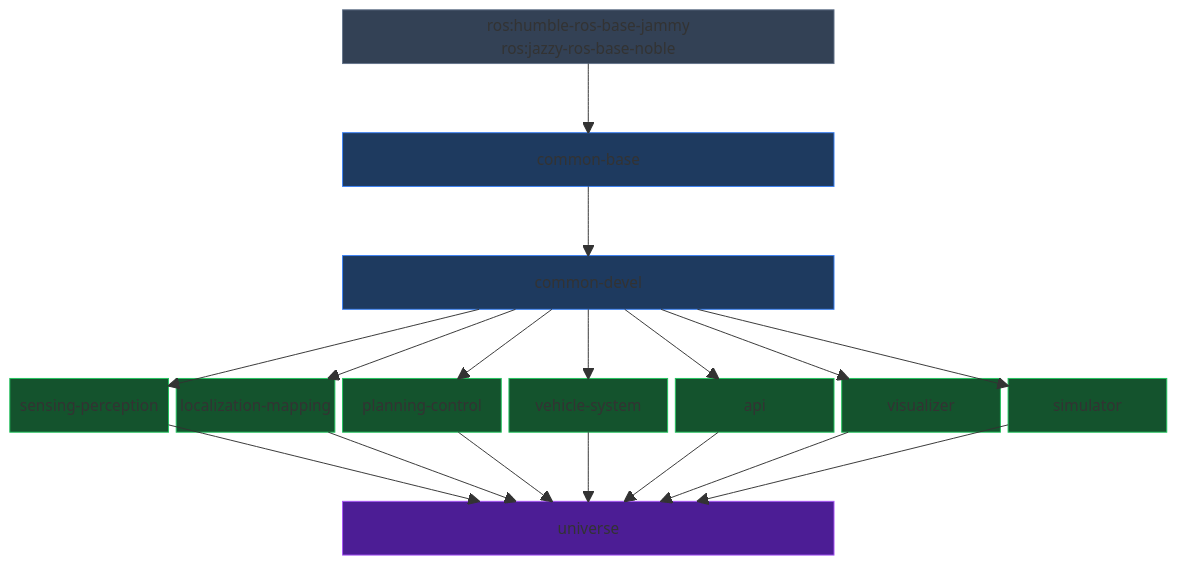
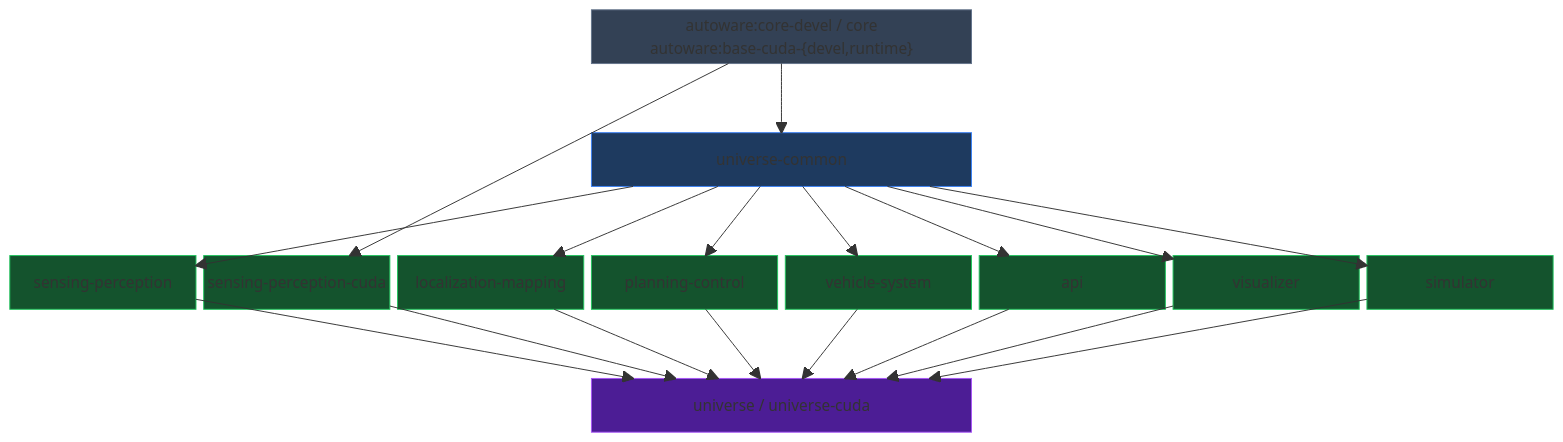
Before and after one commit to youtalk/openadkit: the diagram in components/README.md, drawn with Mermaid. The commit also changed other lines of this file and 3 other files, not shown here.

````diff
--- a/components/README.md
+++ b/components/README.md
@@ -9,51 +12,48 @@
 ```mermaid
 block-beta
-    columns 7
+    columns 8
 
-    space:2 ROS["ros:humble-ros-base-jammy<br/>ros:jazzy-ros-base-noble"]:3 space:2
+    space:3 UP["autoware:core-devel / core<br/>autoware:base-cuda-{devel,runtime}"]:2 space:3
 
-    space:7
+    space:8
 
-    space:2 CB["common-base"]:3 space:2
+    space:3 UC["universe-common"]:2 space:3
 
-    space:7
+    space:8
 
-    space:2 CD["common-devel"]:3 space:2
+    SP["sensing-perception"] SPC["sensing-perception-cuda"] LM["localization-mapping"] PC["planning-control"] VS["vehicle-system"] API["api"] VIZ["visualizer"] SIM["simulator"]
 
-    space:7
+    space:8
 
-    SP["sensing-perception"] LM["localization-mapping"] PC["planning-control"] VS["vehicle-system"] API["api"] VIZ["visualizer"] SIM["simulator"]
+    space:3 UNI["universe / universe-cuda"]:2 space:3
 
-    space:7
-
-    space:2 UNI["universe"]:3 space:2
-
-    ROS --> CB
-    CB --> CD
-    CD --> SP
-    CD --> LM
-    CD --> PC
-    CD --> VS
-    CD --> API
-    CD --> VIZ
-    CD --> SIM
+    UP --> UC
+    UC --> SP
+    UC --> LM
+    UC --> PC
+    UC --> VS
+    UC --> API
+    UC --> VIZ
+    UC --> SIM
+    UP --> SPC
     SP --> UNI
+    SPC --> UNI
     LM --> UNI
     PC --> UNI
     VS --> UNI
     API --> UNI
     VIZ --> UNI
     SIM --> UNI
 
-    style ROS fill:#334155,stroke:#64748b,color:#e2e8f0
-    style CB fill:#1e3a5f,stroke:#3b82f6,color:#bfdbfe
-    style CD fill:#1e3a5f,stroke:#3b82f6,color:#bfdbfe
+    style UP fill:#334155,stroke:#64748b,color:#e2e8f0
+    style UC fill:#1e3a5f,stroke:#3b82f6,color:#bfdbfe
     style SP fill:#14532d,stroke:#22c55e,color:#bbf7d0
+    style SPC fill:#14532d,stroke:#22c55e,color:#bbf7d0
     style LM fill:#14532d,stroke:#22c55e,color:#bbf7d0
     style PC fill:#14532d,stroke:#22c55e,color:#bbf7d0
     style VS fill:#14532d,stroke:#22c55e,color:#bbf7d0
     style API fill:#14532d,stroke:#22c55e,color:#bbf7d0
     style VIZ fill:#14532d,stroke:#22c55e,color:#bbf7d0
     style SIM fill:#14532d,stroke:#22c55e,color:#bbf7d0
     style UNI fill:#4c1d95,stroke:#a855f7,color:#e9d5ff
 ```
````
